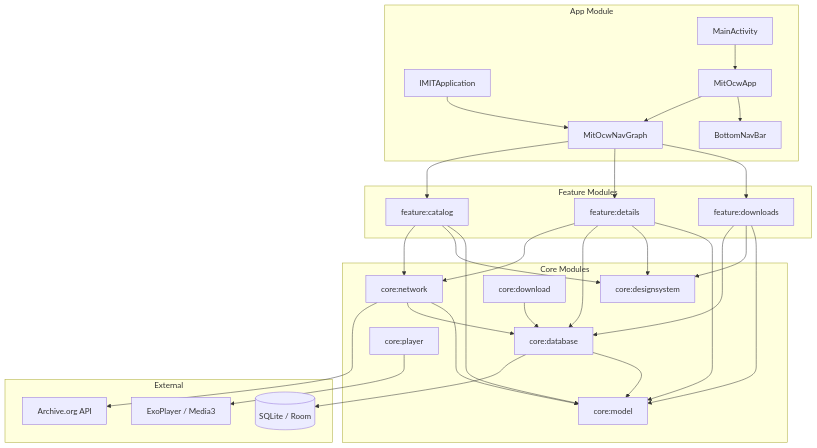
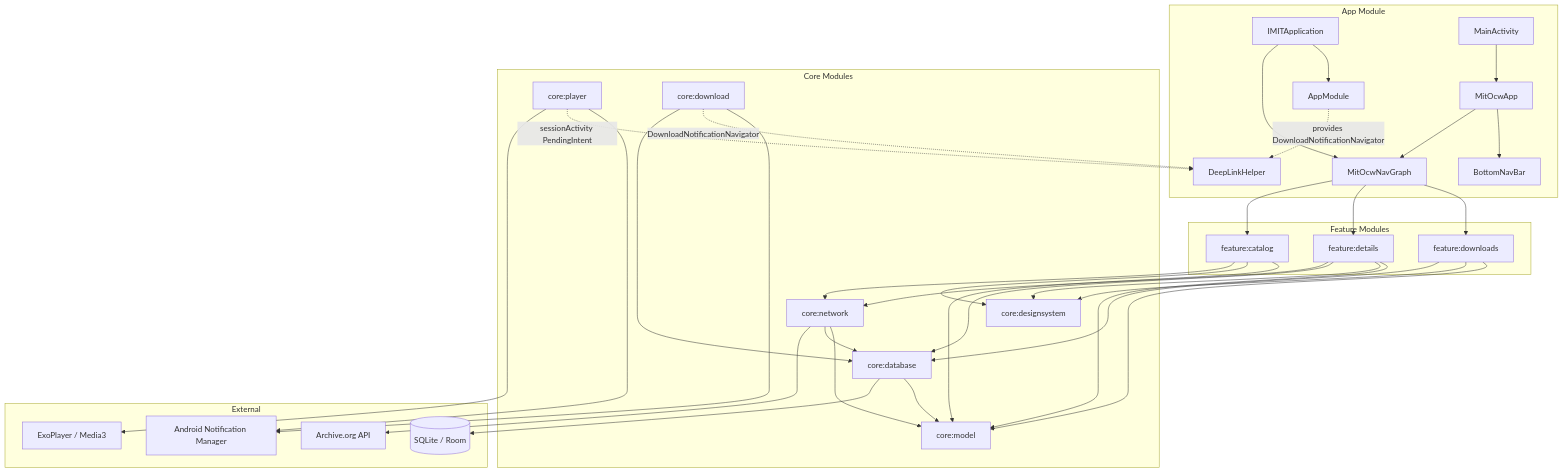
Before and after one commit to prayogizan/IMIT: the first of 4 diagrams in engineer_docs/architecture.md, drawn with Mermaid. The commit also changed other lines of this file and 5 other files, not shown here.

````diff
--- a/engineer_docs/architecture.md
+++ b/engineer_docs/architecture.md
@@ -7,60 +7,69 @@
 ```mermaid
 graph TB
     subgraph "App Module"
         APP[IMITApplication]
         MA[MainActivity]
         NAV[MitOcwNavGraph]
         BNB[BottomNavBar]
         MAPP[MitOcwApp]
+        DLH[DeepLinkHelper]
+        MOD[AppModule]
     end
 
     subgraph "Feature Modules"
         CAT[feature:catalog]
         DET[feature:details]
         DL[feature:downloads]
     end
 
     subgraph "Core Modules"
         NET[core:network]
         DB[core:database]
         MDL[core:model]
         DS[core:designsystem]
         PLR[core:player]
         DWN[core:download]
     end
 
     subgraph "External"
         API[Archive.org API]
         SQLITE[(SQLite / Room)]
         EXOP[ExoPlayer / Media3]
+        NOTIF[Android Notification Manager]
     end
 
     APP --> NAV
+    APP --> MOD
+    MOD -.->|provides DownloadNotificationNavigator| DLH
     MA --> MAPP
     MAPP --> NAV
     MAPP --> BNB
     NAV --> CAT
     NAV --> DET
     NAV --> DL
 
     CAT --> NET
     CAT --> DS
     CAT --> MDL
 
     DET --> NET
     DET --> DB
     DET --> DS
     DET --> MDL
 
     DL --> DB
     DL --> DS
     DL --> MDL
 
     NET --> API
     NET --> DB
     NET --> MDL
     DB --> SQLITE
     DB --> MDL
     PLR --> EXOP
+    PLR -.->|sessionActivity PendingIntent| DLH
     DWN --> DB
+    DWN -.->|DownloadNotificationNavigator| DLH
+    DWN --> NOTIF
+    PLR --> NOTIF
 ```
````
